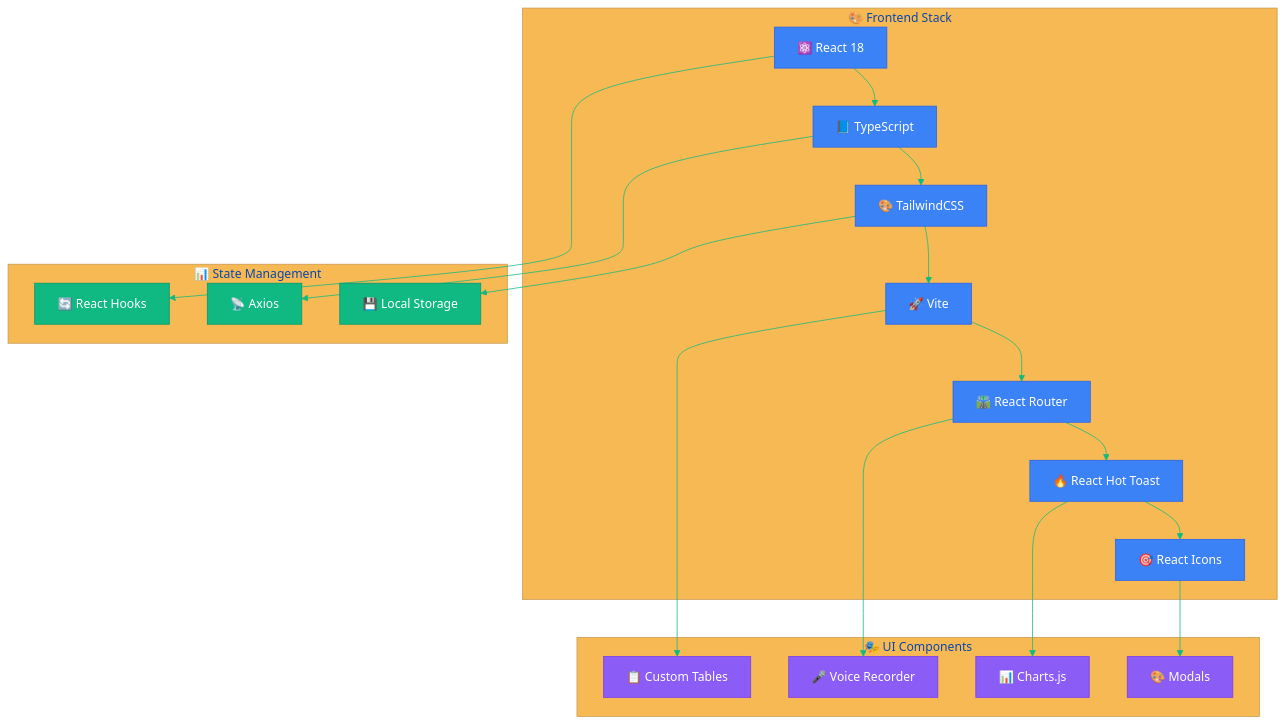
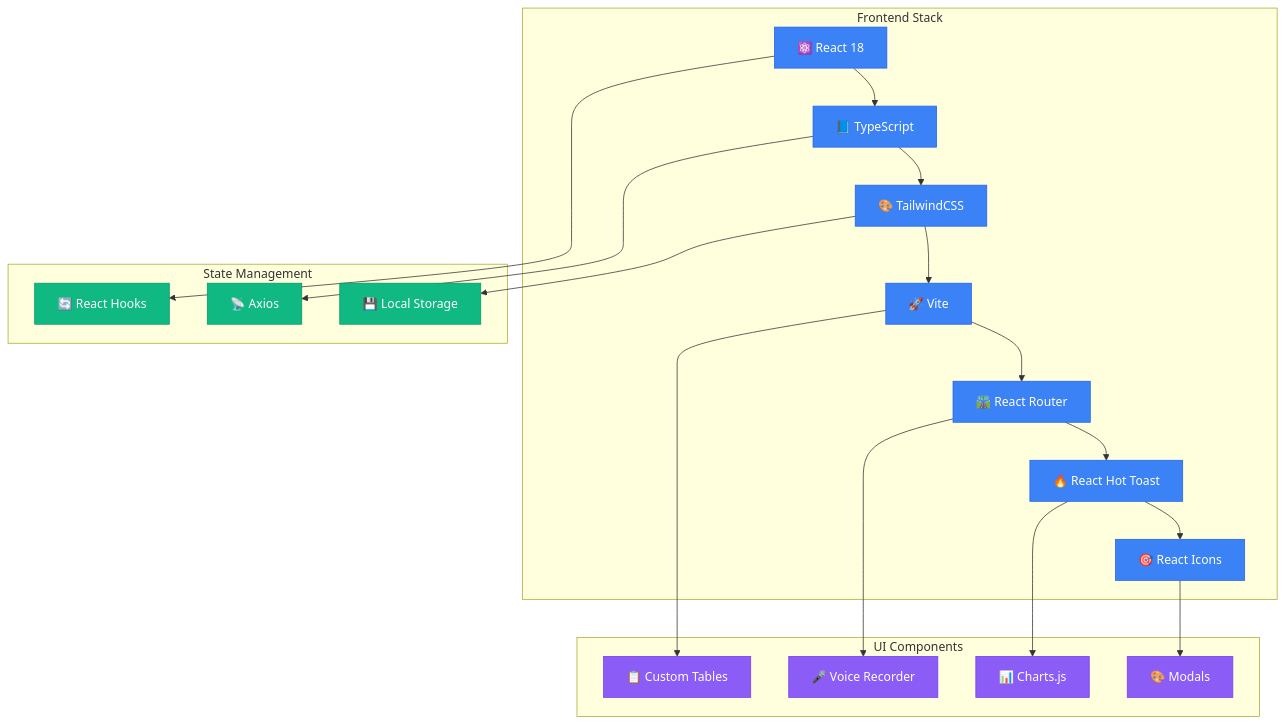
The seventh of 10 diagrams in README.md (AARVAK-VSET/campus-flow), drawn with Mermaid before and after one commit. The commit also changed other lines of this file, not shown here.

Commit message:
fix(docs): format mermaid diagrams for GitHub markdown rendering compatibility

````diff
--- a/README.md
+++ b/README.md
@@ -412,51 +304,40 @@
 ```mermaid
-%%{init: {
-  'theme': 'base',
-  'themeVariables': {
-    'primaryColor': '#3b82f6',
-    'primaryTextColor': '#ffffff',
-    'primaryBorderColor': '#2563eb',
-    'lineColor': '#10b981',
-    'sectionBkgColor': '#1e293b',
-    'altSectionBkgColor': '#334155'
-  }
-}}%%
 graph TB
-    subgraph "🎨 Frontend Stack"
+    subgraph Frontend_Stack ["Frontend Stack"]
         A[⚛️ React 18] --> B[📘 TypeScript]
         B --> C[🎨 TailwindCSS]
         C --> D[🚀 Vite]
         D --> E[🛣️ React Router]
         E --> F[🔥 React Hot Toast]
         F --> G[🎯 React Icons]
     end
     
-    subgraph "📊 State Management"
+    subgraph State_Management ["State Management"]
         H[🔄 React Hooks]
         I[📡 Axios]
         J[💾 Local Storage]
     end
     
-    subgraph "🎭 UI Components"
+    subgraph UI_Components ["UI Components"]
         K[📋 Custom Tables]
         L[🎤 Voice Recorder]
         M[📊 Charts.js]
         N[🎨 Modals]
     end
     
     A --> H
     B --> I
     C --> J
     D --> K
     E --> L
     F --> M
     G --> N
     
     classDef frontend fill:#3b82f6,stroke:#2563eb,color:#ffffff
     classDef state fill:#10b981,stroke:#059669,color:#ffffff
     classDef ui fill:#8b5cf6,stroke:#7c3aed,color:#ffffff
     
     class A,B,C,D,E,F,G frontend
     class H,I,J state
     class K,L,M,N ui
 ```
````
